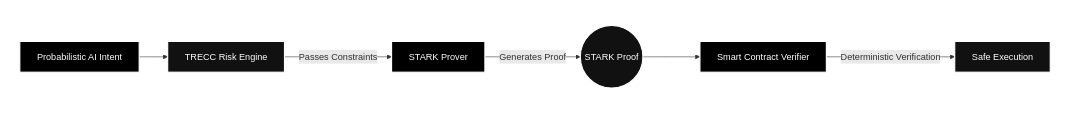
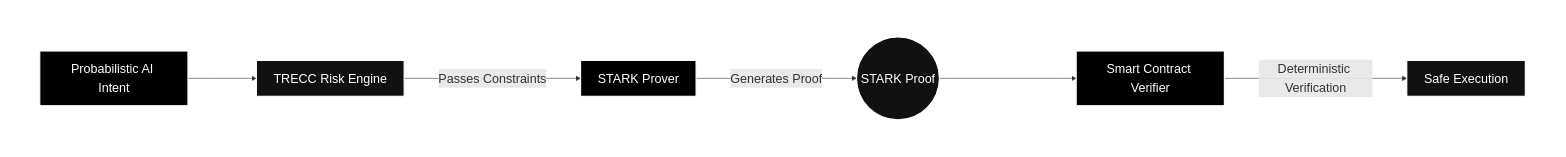
The second of 3 diagrams in concepts/guardrails.mdx (TRECC-eth/docs), drawn with Mermaid before and after one commit.

Commit message:
new update

````diff
--- a/concepts/guardrails.mdx
+++ b/concepts/guardrails.mdx
@@ -74,23 +74,24 @@
 ```mermaid
+%%{init: {'themeVariables': {'fontSize': '22px', 'fontFamily': 'Inter'}, 'flowchart': {'nodeSpacing': 90, 'rankSpacing': 120, 'curve': 'basis'}}}%%
 flowchart LR
     subgraph Off_Chain [TRECC Off-Chain Environment]
         Intent[Probabilistic AI Intent] --> Risk[TRECC Risk Engine]
         Risk -->|Passes Constraints| Prover[STARK Prover]
         Prover -->|Generates Proof| Proof((STARK Proof))
     end
 
     subgraph Starknet_Mainnet [Starknet Execution Layer]
         Proof --> Verifier[Smart Contract Verifier]
         Verifier -->|Deterministic Verification| Execution[Safe Execution]
     end
 
     style Intent fill:#000000,stroke:#ffffff,color:#ffffff,stroke-width:2px
     style Risk fill:#111111,stroke:#ffffff,color:#ffffff,stroke-width:2px
     style Prover fill:#000000,stroke:#ffffff,color:#ffffff,stroke-width:2px
     style Proof fill:#111111,stroke:#ffffff,color:#ffffff,stroke-width:2px
     style Verifier fill:#000000,stroke:#ffffff,color:#ffffff,stroke-width:2px
     style Execution fill:#111111,stroke:#ffffff,color:#ffffff,stroke-width:2px
     style Off_Chain fill:none,stroke:#ffffff,color:#ffffff,stroke-dasharray: 5 5
     style Starknet_Mainnet fill:none,stroke:#ffffff,color:#ffffff,stroke-dasharray: 5 5
 
 ```
````
